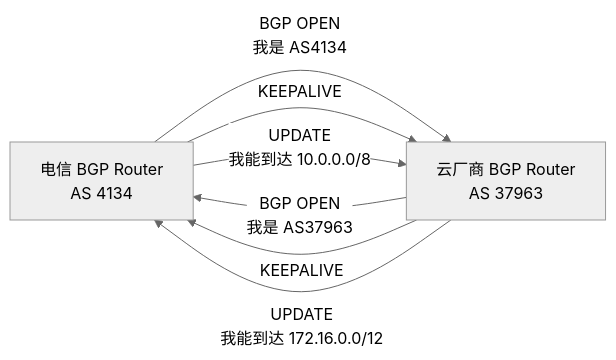
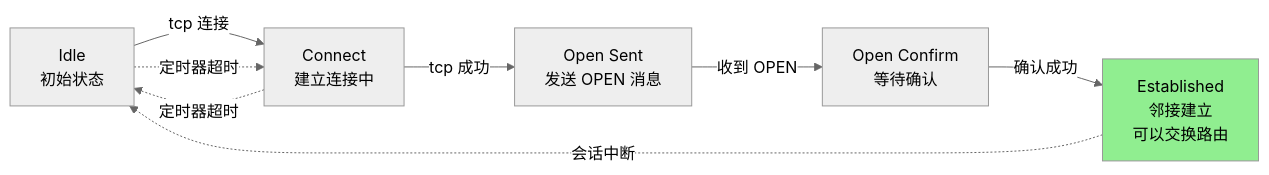
Before and after one commit to SKT-Shurima/NetworkMastery: the second of 3 diagrams in docs/guide/advanced/bgp.md, drawn with Mermaid (neutral theme). The commit also changed other lines of this file and 8 other files, not shown here.

First line of the commit message:
重构核心 8 篇文章：深化 TCP/IP、OSI、路由、DNS、BGP、MPLS、IPSec、SD-WAN

````diff
--- a/docs/guide/advanced/bgp.md
+++ b/docs/guide/advanced/bgp.md
@@ -60,13 +77,14 @@
 ```mermaid
 graph LR
-    A["电信 BGP Router<br/>AS 4134"]
-    B["云厂商 BGP Router<br/>AS 37963"]
+    A["Idle<br/>初始状态"] -->|tcp 连接| B["Connect<br/>建立连接中"]
+    B -->|tcp 成功| C["Open Sent<br/>发送 OPEN 消息"]
+    C -->|收到 OPEN| D["Open Confirm<br/>等待确认"]
+    D -->|确认成功| E["Established<br/>邻接建立<br/>可以交换路由"]
     
-    A -->|BGP OPEN<br/>我是 AS4134| B
-    B -->|BGP OPEN<br/>我是 AS37963| A
-    A -->|KEEPALIVE| B
-    B -->|KEEPALIVE| A
+    A -.->|定时器超时| B
+    B -.->|定时器超时| A
     
-    A -->|UPDATE<br/>我能到达 10.0.0.0/8| B
-    B -->|UPDATE<br/>我能到达 172.16.0.0/12| A
+    E -.->|会话中断| A
+    
+    style E fill:#90EE90
 ```
````
